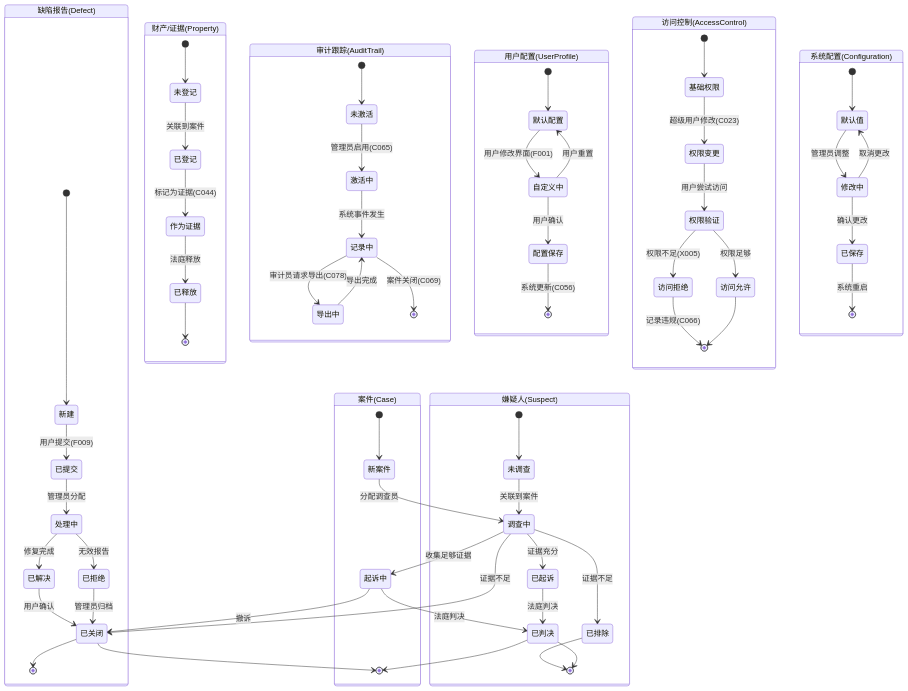
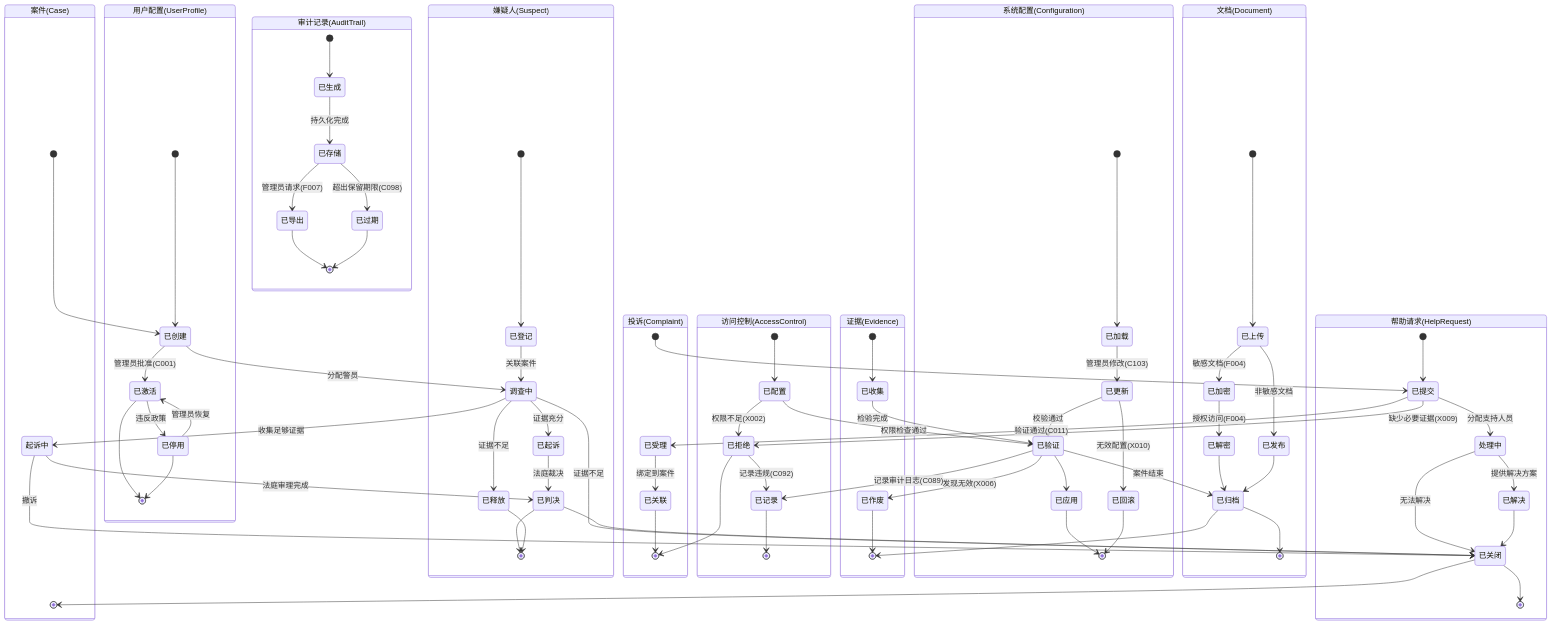
The diagram in output/diagrams/state_diagram.mmd (YxY09/ReqDesign-Agent), drawn with Mermaid before and after one commit. The commit also changed 39 other files, not shown here.

```diff
--- a/output/diagrams/state_diagram.mmd
+++ b/output/diagrams/state_diagram.mmd
@@ -1,68 +1,86 @@
 stateDiagram-v2
     state "案件(Case)" as Case {
-        [*] --> 新案件
-        新案件 --> 调查中 : 分配调查员
+        [*] --> 已创建
+        已创建 --> 调查中 : 分配警员
         调查中 --> 起诉中 : 收集足够证据
         调查中 --> 已关闭 : 证据不足
-        起诉中 --> 已判决 : 法庭判决
+        起诉中 --> 已判决 : 法庭审理完成
         起诉中 --> 已关闭 : 撤诉
-        已判决 --> [*]
+        已判决 --> 已关闭
         已关闭 --> [*]
     }
+    state "投诉(Complaint)" as Complaint {
+        [*] --> 已提交
+        已提交 --> 已受理 : 验证通过(C011)
+        已提交 --> 已拒绝 : 缺少必要证据(X009)
+        已受理 --> 已关联 : 绑定到案件
+        已关联 --> [*]
+        已拒绝 --> [*]
+    }
     state "嫌疑人(Suspect)" as Suspect {
-        [*] --> 未调查
-        未调查 --> 调查中 : 关联到案件
+        [*] --> 已登记
+        已登记 --> 调查中 : 关联案件
         调查中 --> 已起诉 : 证据充分
-        调查中 --> 已排除 : 证据不足
-        已起诉 --> 已判决 : 法庭判决
-        已排除 --> [*]
+        调查中 --> 已释放 : 证据不足
+        已起诉 --> 已判决 : 法庭裁决
         已判决 --> [*]
-    }
-    state "财产/证据(Property)" as Property {
-        [*] --> 未登记
-        未登记 --> 已登记 : 关联到案件
-        已登记 --> 作为证据 : 标记为证据(C044)
-        作为证据 --> 已释放 : 法庭释放
         已释放 --> [*]
     }
-    state "审计跟踪(AuditTrail)" as AuditTrail {
-        [*] --> 未激活
-        未激活 --> 激活中 : 管理员启用(C065)
-        激活中 --> 记录中 : 系统事件发生
-        记录中 --> 导出中 : 审计员请求导出(C078)
-        导出中 --> 记录中 : 导出完成
-        记录中 --> [*] : 案件关闭(C069)
+    state "证据(Evidence)" as Evidence {
+        [*] --> 已收集
+        已收集 --> 已验证 : 检验完成
+        已验证 --> 已归档 : 案件结束
+        已验证 --> 已作废 : 发现无效(X006)
+        已归档 --> [*]
+        已作废 --> [*]
+    }
+    state "文档(Document)" as Document {
+        [*] --> 已上传
+        已上传 --> 已加密 : 敏感文档(F004)
+        已上传 --> 已发布 : 非敏感文档
+        已加密 --> 已解密 : 授权访问(F004)
+        已解密 --> 已归档
+        已发布 --> 已归档
+        已归档 --> [*]
     }
     state "用户配置(UserProfile)" as UserProfile {
-        [*] --> 默认配置
-        默认配置 --> 自定义中 : 用户修改界面(F001)
-        自定义中 --> 配置保存 : 用户确认
-        自定义中 --> 默认配置 : 用户重置
-        配置保存 --> [*] : 系统更新(C056)
+        [*] --> 已创建
+        已创建 --> 已激活 : 管理员批准(C001)
+        已激活 --> 已停用 : 违反政策
+        已停用 --> 已激活 : 管理员恢复
+        已激活 --> [*]
+        已停用 --> [*]
     }
     state "访问控制(AccessControl)" as AccessControl {
-        [*] --> 基础权限
-        基础权限 --> 权限变更 : 超级用户修改(C023)
-        权限变更 --> 权限验证 : 用户尝试访问
-        权限验证 --> 访问拒绝 : 权限不足(X005)
-        权限验证 --> 访问允许 : 权限足够
-        访问拒绝 --> [*] : 记录违规(C066)
-        访问允许 --> [*]
+        [*] --> 已配置
+        已配置 --> 已验证 : 权限检查通过
+        已配置 --> 已拒绝 : 权限不足(X002)
+        已验证 --> 已记录 : 记录审计日志(C089)
+        已拒绝 --> 已记录 : 记录违规(C092)
+        已记录 --> [*]
     }
-    state "缺陷报告(Defect)" as Defect {
-        [*] --> 新建
-        新建 --> 已提交 : 用户提交(F009)
-        已提交 --> 处理中 : 管理员分配
-        处理中 --> 已解决 : 修复完成
-        处理中 --> 已拒绝 : 无效报告
-        已解决 --> 已关闭 : 用户确认
-        已拒绝 --> 已关闭 : 管理员归档
+    state "审计记录(AuditTrail)" as AuditTrail {
+        [*] --> 已生成
+        已生成 --> 已存储 : 持久化完成
+        已存储 --> 已导出 : 管理员请求(F007)
+        已存储 --> 已过期 : 超出保留期限(C098)
+        已导出 --> [*]
+        已过期 --> [*]
+    }
+    state "系统配置(Configuration)" as Configuration {
+        [*] --> 已加载
+        已加载 --> 已更新 : 管理员修改(C103)
+        已更新 --> 已验证 : 校验通过
+        已更新 --> 已回滚 : 无效配置(X010)
+        已验证 --> 已应用
+        已应用 --> [*]
+        已回滚 --> [*]
+    }
+    state "帮助请求(HelpRequest)" as HelpRequest {
+        [*] --> 已提交
+        已提交 --> 处理中 : 分配支持人员
+        处理中 --> 已解决 : 提供解决方案
+        处理中 --> 已关闭 : 无法解决
+        已解决 --> 已关闭
         已关闭 --> [*]
     }
-    state "系统配置(Configuration)" as Configuration {
-        [*] --> 默认值
-        默认值 --> 修改中 : 管理员调整
-        修改中 --> 已保存 : 确认更改
-        修改中 --> 默认值 : 取消更改
-        已保存 --> [*] : 系统重启
-    }
```
